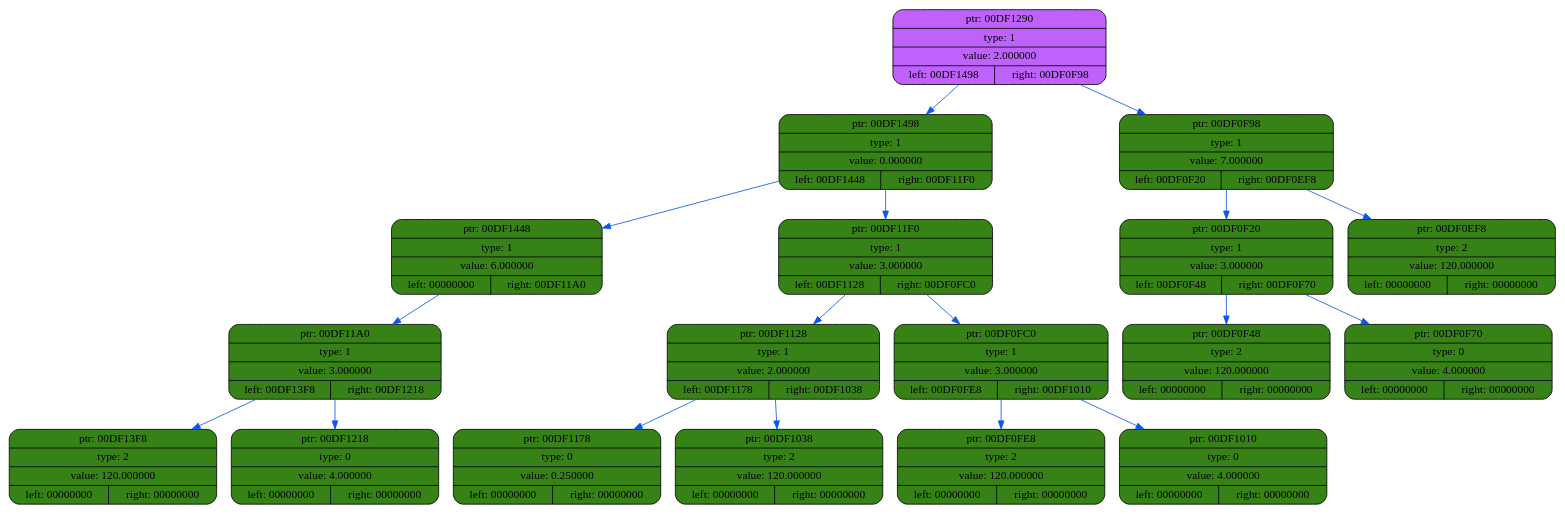
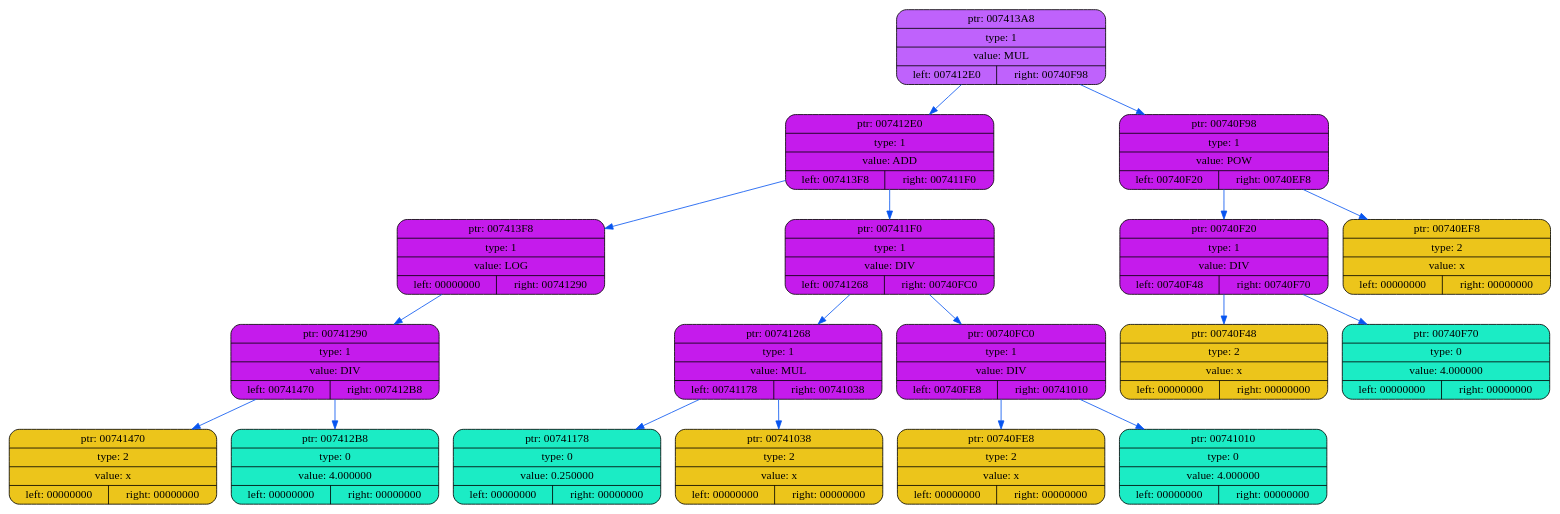
The diagram in dump/dump5.dot (coffee8cat/differentiator), drawn with Graphviz before and after one commit. The commit also changed 18 other files, not shown here.

```diff
--- a/dump/dump5.dot
+++ b/dump/dump5.dot
@@ -1,40 +1,40 @@
 digraph
 {
     rankdir=TP
 
-        node00DF1290[shape=record,style="rounded,filled",fillcolor="#BF62FC",label="{ ptr: 00DF1290 | type: 1 | value: 2.000000| { left: 00DF1498 | right: 00DF0F98 }}"];
-    node00DF1290 -> node00DF1498[color="#0855F0"]
-    node00DF1498[shape=record,style="rounded,filled",fillcolor="#378217",label="{ ptr: 00DF1498 | type: 1 | value: 0.000000| { left: 00DF1448 | right: 00DF11F0 }}"];
-    node00DF1498 -> node00DF1448[color="#0855F0"]
-    node00DF1448[shape=record,style="rounded,filled",fillcolor="#378217",label="{ ptr: 00DF1448 | type: 1 | value: 6.000000| { left: 00000000 | right: 00DF11A0 }}"];
-    node00DF1448 -> node00DF11A0[color="#0855F0"]
-    node00DF11A0[shape=record,style="rounded,filled",fillcolor="#378217",label="{ ptr: 00DF11A0 | type: 1 | value: 3.000000| { left: 00DF13F8 | right: 00DF1218 }}"];
-    node00DF11A0 -> node00DF13F8[color="#0855F0"]
-    node00DF13F8[shape=record,style="rounded,filled",fillcolor="#378217",label="{ ptr: 00DF13F8 | type: 2 | value: 120.000000| { left: 00000000 | right: 00000000 }}"];
-    node00DF11A0 -> node00DF1218[color="#0855F0"]
-    node00DF1218[shape=record,style="rounded,filled",fillcolor="#378217",label="{ ptr: 00DF1218 | type: 0 | value: 4.000000| { left: 00000000 | right: 00000000 }}"];
-    node00DF1498 -> node00DF11F0[color="#0855F0"]
-    node00DF11F0[shape=record,style="rounded,filled",fillcolor="#378217",label="{ ptr: 00DF11F0 | type: 1 | value: 3.000000| { left: 00DF1128 | right: 00DF0FC0 }}"];
-    node00DF11F0 -> node00DF1128[color="#0855F0"]
-    node00DF1128[shape=record,style="rounded,filled",fillcolor="#378217",label="{ ptr: 00DF1128 | type: 1 | value: 2.000000| { left: 00DF1178 | right: 00DF1038 }}"];
-    node00DF1128 -> node00DF1178[color="#0855F0"]
-    node00DF1178[shape=record,style="rounded,filled",fillcolor="#378217",label="{ ptr: 00DF1178 | type: 0 | value: 0.250000| { left: 00000000 | right: 00000000 }}"];
-    node00DF1128 -> node00DF1038[color="#0855F0"]
-    node00DF1038[shape=record,style="rounded,filled",fillcolor="#378217",label="{ ptr: 00DF1038 | type: 2 | value: 120.000000| { left: 00000000 | right: 00000000 }}"];
-    node00DF11F0 -> node00DF0FC0[color="#0855F0"]
-    node00DF0FC0[shape=record,style="rounded,filled",fillcolor="#378217",label="{ ptr: 00DF0FC0 | type: 1 | value: 3.000000| { left: 00DF0FE8 | right: 00DF1010 }}"];
-    node00DF0FC0 -> node00DF0FE8[color="#0855F0"]
-    node00DF0FE8[shape=record,style="rounded,filled",fillcolor="#378217",label="{ ptr: 00DF0FE8 | type: 2 | value: 120.000000| { left: 00000000 | right: 00000000 }}"];
-    node00DF0FC0 -> node00DF1010[color="#0855F0"]
-    node00DF1010[shape=record,style="rounded,filled",fillcolor="#378217",label="{ ptr: 00DF1010 | type: 0 | value: 4.000000| { left: 00000000 | right: 00000000 }}"];
-    node00DF1290 -> node00DF0F98[color="#0855F0"]
-    node00DF0F98[shape=record,style="rounded,filled",fillcolor="#378217",label="{ ptr: 00DF0F98 | type: 1 | value: 7.000000| { left: 00DF0F20 | right: 00DF0EF8 }}"];
-    node00DF0F98 -> node00DF0F20[color="#0855F0"]
-    node00DF0F20[shape=record,style="rounded,filled",fillcolor="#378217",label="{ ptr: 00DF0F20 | type: 1 | value: 3.000000| { left: 00DF0F48 | right: 00DF0F70 }}"];
-    node00DF0F20 -> node00DF0F48[color="#0855F0"]
-    node00DF0F48[shape=record,style="rounded,filled",fillcolor="#378217",label="{ ptr: 00DF0F48 | type: 2 | value: 120.000000| { left: 00000000 | right: 00000000 }}"];
-    node00DF0F20 -> node00DF0F70[color="#0855F0"]
-    node00DF0F70[shape=record,style="rounded,filled",fillcolor="#378217",label="{ ptr: 00DF0F70 | type: 0 | value: 4.000000| { left: 00000000 | right: 00000000 }}"];
-    node00DF0F98 -> node00DF0EF8[color="#0855F0"]
-    node00DF0EF8[shape=record,style="rounded,filled",fillcolor="#378217",label="{ ptr: 00DF0EF8 | type: 2 | value: 120.000000| { left: 00000000 | right: 00000000 }}"];
+        node007413A8[shape=record,style="rounded,filled",fillcolor="#BF62FC",label="{ ptr: 007413A8 | type: 1 | value: MUL| { left: 007412E0 | right: 00740F98 }}"];
+    node007413A8 -> node007412E0[color="#0855F0"]
+    node007412E0[shape=record,style="rounded,filled",fillcolor="#C51BEC",label="{ ptr: 007412E0 | type: 1 | value: ADD| { left: 007413F8 | right: 007411F0 }}"];
+    node007412E0 -> node007413F8[color="#0855F0"]
+    node007413F8[shape=record,style="rounded,filled",fillcolor="#C51BEC",label="{ ptr: 007413F8 | type: 1 | value: LOG| { left: 00000000 | right: 00741290 }}"];
+    node007413F8 -> node00741290[color="#0855F0"]
+    node00741290[shape=record,style="rounded,filled",fillcolor="#C51BEC",label="{ ptr: 00741290 | type: 1 | value: DIV| { left: 00741470 | right: 007412B8 }}"];
+    node00741290 -> node00741470[color="#0855F0"]
+    node00741470[shape=record,style="rounded,filled",fillcolor="#ECC51B",label="{ ptr: 00741470 | type: 2 | value: x| { left: 00000000 | right: 00000000 }}"];
+    node00741290 -> node007412B8[color="#0855F0"]
+    node007412B8[shape=record,style="rounded,filled",fillcolor="#1BECC5",label="{ ptr: 007412B8 | type: 0 | value: 4.000000| { left: 00000000 | right: 00000000 }}"];
+    node007412E0 -> node007411F0[color="#0855F0"]
+    node007411F0[shape=record,style="rounded,filled",fillcolor="#C51BEC",label="{ ptr: 007411F0 | type: 1 | value: DIV| { left: 00741268 | right: 00740FC0 }}"];
+    node007411F0 -> node00741268[color="#0855F0"]
+    node00741268[shape=record,style="rounded,filled",fillcolor="#C51BEC",label="{ ptr: 00741268 | type: 1 | value: MUL| { left: 00741178 | right: 00741038 }}"];
+    node00741268 -> node00741178[color="#0855F0"]
+    node00741178[shape=record,style="rounded,filled",fillcolor="#1BECC5",label="{ ptr: 00741178 | type: 0 | value: 0.250000| { left: 00000000 | right: 00000000 }}"];
+    node00741268 -> node00741038[color="#0855F0"]
+    node00741038[shape=record,style="rounded,filled",fillcolor="#ECC51B",label="{ ptr: 00741038 | type: 2 | value: x| { left: 00000000 | right: 00000000 }}"];
+    node007411F0 -> node00740FC0[color="#0855F0"]
+    node00740FC0[shape=record,style="rounded,filled",fillcolor="#C51BEC",label="{ ptr: 00740FC0 | type: 1 | value: DIV| { left: 00740FE8 | right: 00741010 }}"];
+    node00740FC0 -> node00740FE8[color="#0855F0"]
+    node00740FE8[shape=record,style="rounded,filled",fillcolor="#ECC51B",label="{ ptr: 00740FE8 | type: 2 | value: x| { left: 00000000 | right: 00000000 }}"];
+    node00740FC0 -> node00741010[color="#0855F0"]
+    node00741010[shape=record,style="rounded,filled",fillcolor="#1BECC5",label="{ ptr: 00741010 | type: 0 | value: 4.000000| { left: 00000000 | right: 00000000 }}"];
+    node007413A8 -> node00740F98[color="#0855F0"]
+    node00740F98[shape=record,style="rounded,filled",fillcolor="#C51BEC",label="{ ptr: 00740F98 | type: 1 | value: POW| { left: 00740F20 | right: 00740EF8 }}"];
+    node00740F98 -> node00740F20[color="#0855F0"]
+    node00740F20[shape=record,style="rounded,filled",fillcolor="#C51BEC",label="{ ptr: 00740F20 | type: 1 | value: DIV| { left: 00740F48 | right: 00740F70 }}"];
+    node00740F20 -> node00740F48[color="#0855F0"]
+    node00740F48[shape=record,style="rounded,filled",fillcolor="#ECC51B",label="{ ptr: 00740F48 | type: 2 | value: x| { left: 00000000 | right: 00000000 }}"];
+    node00740F20 -> node00740F70[color="#0855F0"]
+    node00740F70[shape=record,style="rounded,filled",fillcolor="#1BECC5",label="{ ptr: 00740F70 | type: 0 | value: 4.000000| { left: 00000000 | right: 00000000 }}"];
+    node00740F98 -> node00740EF8[color="#0855F0"]
+    node00740EF8[shape=record,style="rounded,filled",fillcolor="#ECC51B",label="{ ptr: 00740EF8 | type: 2 | value: x| { left: 00000000 | right: 00000000 }}"];
 }
```
